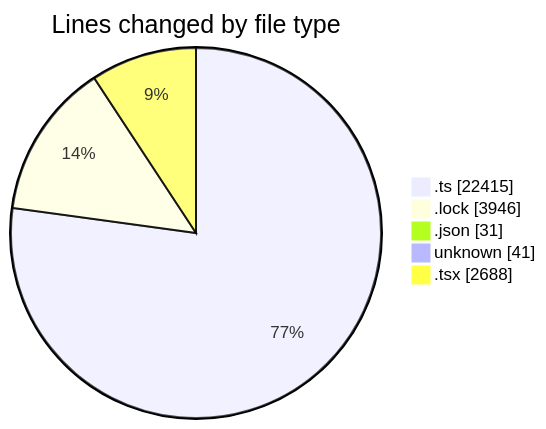
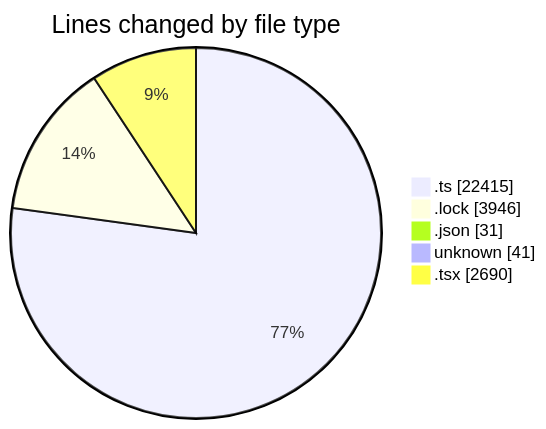
One commit to momahboobian/code-tracking changed the first of 2 diagrams in 2025-08-19/cda/README.md. Above: the diagram before and after it, drawn with Mermaid. The commit also changed other lines of this file and 1 other file, not shown here.

````diff
--- a/2025-08-19/cda/README.md
+++ b/2025-08-19/cda/README.md
@@ -46,9 +46,9 @@
 ```mermaid
 pie showData
 title Lines changed by file type
 ".ts" : 22415
 ".lock" : 3946
 ".json" : 31
 "unknown" : 41
-".tsx" : 2688
+".tsx" : 2690
 ```
````
